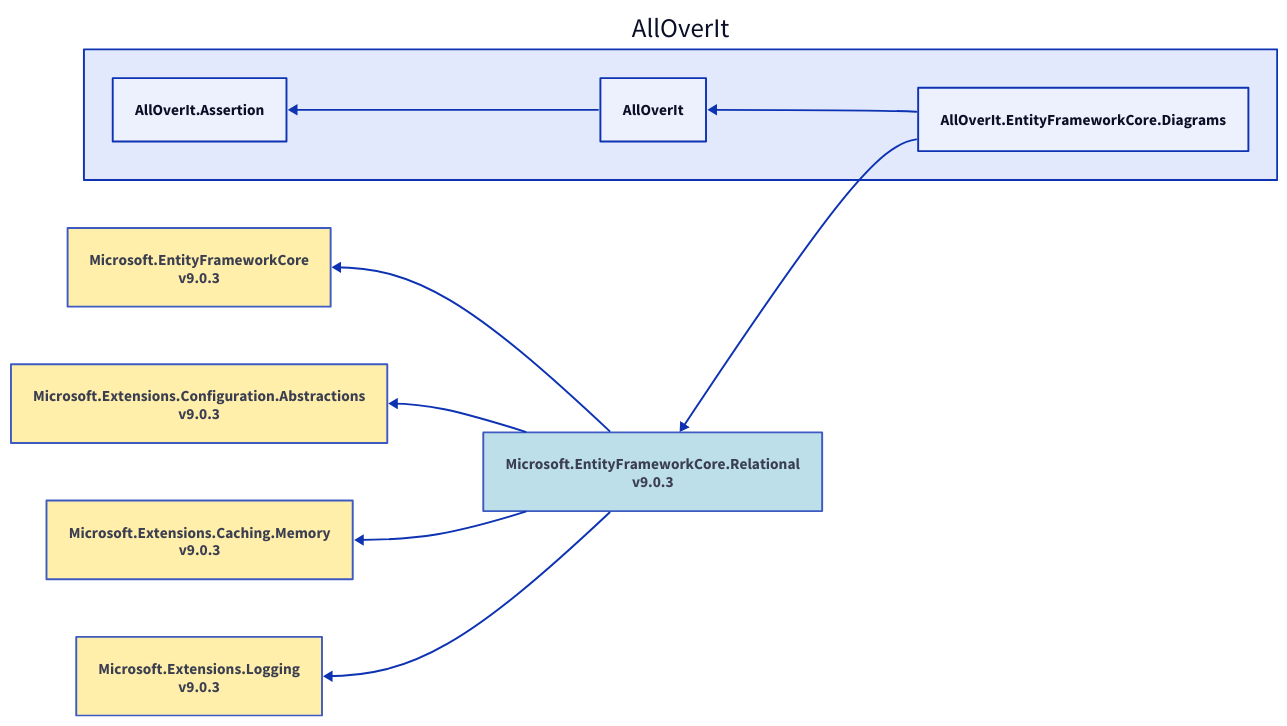
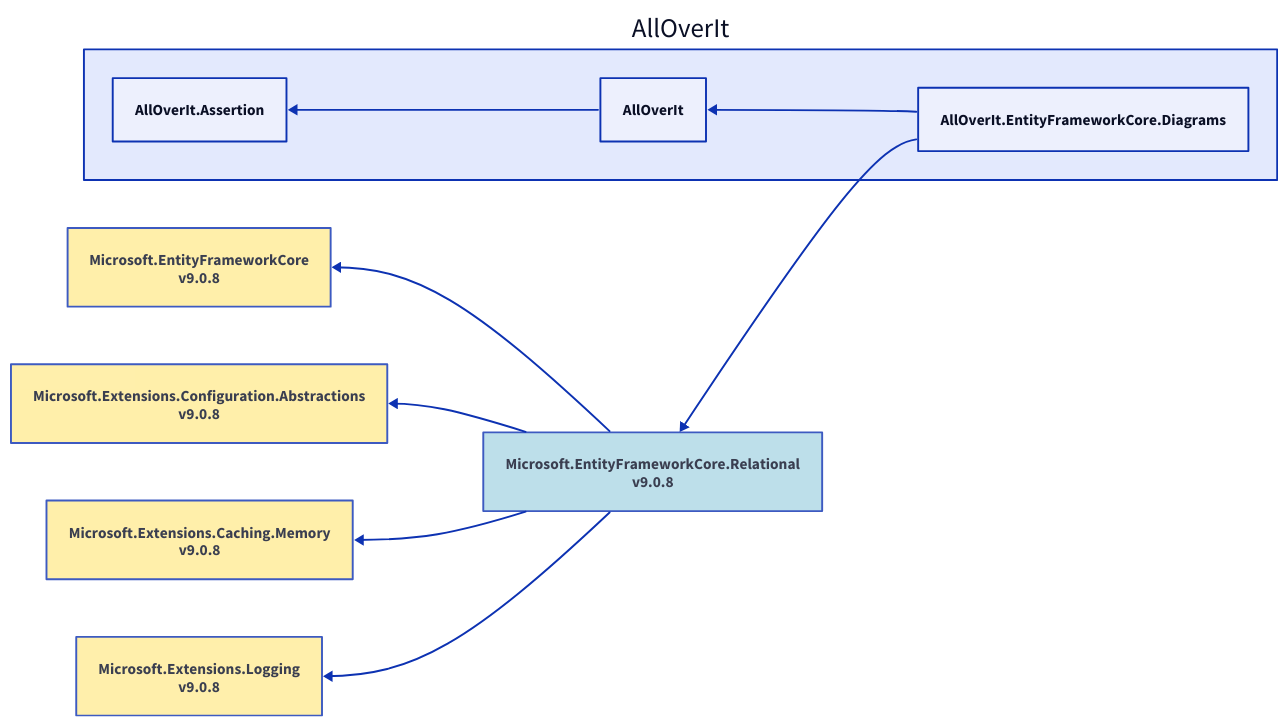
The diagram in Docs/Reference/Content/images/dependencies/net9.0/alloverit-entityframeworkcore-diagrams.d2 (mjfreelancing/AllOverIt), drawn with D2 before and after one commit. The commit also changed 106 other files, not shown here.

Commit message:
v8.2.1 - Update packages and diagrams (#145)

```diff
--- a/Docs/Reference/Content/images/dependencies/net9.0/alloverit-entityframeworkcore-diagrams.d2
+++ b/Docs/Reference/Content/images/dependencies/net9.0/alloverit-entityframeworkcore-diagrams.d2
@@ -1,28 +1,28 @@
 direction: left
 
 aoi: AllOverIt
 aoi.alloverit-entityframeworkcore-diagrams: AllOverIt.EntityFrameworkCore.Diagrams
-microsoft-entityframeworkcore-relational_9-0-3: Microsoft.EntityFrameworkCore.Relational\nv9.0.3
-microsoft-entityframeworkcore-relational_9-0-3.style.fill: "#ADD8E6"
-microsoft-entityframeworkcore-relational_9-0-3.style.opacity: 0.8
-microsoft-entityframeworkcore_9-0-3: Microsoft.EntityFrameworkCore\nv9.0.3
-microsoft-entityframeworkcore_9-0-3.style.fill: "#FFEC96"
-microsoft-entityframeworkcore_9-0-3.style.opacity: 0.8
-microsoft-entityframeworkcore_9-0-3 <- microsoft-entityframeworkcore-relational_9-0-3
-microsoft-extensions-configuration-abstractions_9-0-3: Microsoft.Extensions.Configuration.Abstractions\nv9.0.3
-microsoft-extensions-configuration-abstractions_9-0-3.style.fill: "#FFEC96"
-microsoft-extensions-configuration-abstractions_9-0-3.style.opacity: 0.8
-microsoft-extensions-configuration-abstractions_9-0-3 <- microsoft-entityframeworkcore-relational_9-0-3
-microsoft-extensions-caching-memory_9-0-3: Microsoft.Extensions.Caching.Memory\nv9.0.3
-microsoft-extensions-caching-memory_9-0-3.style.fill: "#FFEC96"
-microsoft-extensions-caching-memory_9-0-3.style.opacity: 0.8
-microsoft-extensions-caching-memory_9-0-3 <- microsoft-entityframeworkcore-relational_9-0-3
-microsoft-extensions-logging_9-0-3: Microsoft.Extensions.Logging\nv9.0.3
-microsoft-extensions-logging_9-0-3.style.fill: "#FFEC96"
-microsoft-extensions-logging_9-0-3.style.opacity: 0.8
-microsoft-extensions-logging_9-0-3 <- microsoft-entityframeworkcore-relational_9-0-3
-microsoft-entityframeworkcore-relational_9-0-3 <- aoi.alloverit-entityframeworkcore-diagrams
+microsoft-entityframeworkcore-relational_9-0-8: Microsoft.EntityFrameworkCore.Relational\nv9.0.8
+microsoft-entityframeworkcore-relational_9-0-8.style.fill: "#ADD8E6"
+microsoft-entityframeworkcore-relational_9-0-8.style.opacity: 0.8
+microsoft-entityframeworkcore_9-0-8: Microsoft.EntityFrameworkCore\nv9.0.8
+microsoft-entityframeworkcore_9-0-8.style.fill: "#FFEC96"
+microsoft-entityframeworkcore_9-0-8.style.opacity: 0.8
+microsoft-entityframeworkcore_9-0-8 <- microsoft-entityframeworkcore-relational_9-0-8
+microsoft-extensions-configuration-abstractions_9-0-8: Microsoft.Extensions.Configuration.Abstractions\nv9.0.8
+microsoft-extensions-configuration-abstractions_9-0-8.style.fill: "#FFEC96"
+microsoft-extensions-configuration-abstractions_9-0-8.style.opacity: 0.8
+microsoft-extensions-configuration-abstractions_9-0-8 <- microsoft-entityframeworkcore-relational_9-0-8
+microsoft-extensions-caching-memory_9-0-8: Microsoft.Extensions.Caching.Memory\nv9.0.8
+microsoft-extensions-caching-memory_9-0-8.style.fill: "#FFEC96"
+microsoft-extensions-caching-memory_9-0-8.style.opacity: 0.8
+microsoft-extensions-caching-memory_9-0-8 <- microsoft-entityframeworkcore-relational_9-0-8
+microsoft-extensions-logging_9-0-8: Microsoft.Extensions.Logging\nv9.0.8
+microsoft-extensions-logging_9-0-8.style.fill: "#FFEC96"
+microsoft-extensions-logging_9-0-8.style.opacity: 0.8
+microsoft-extensions-logging_9-0-8 <- microsoft-entityframeworkcore-relational_9-0-8
+microsoft-entityframeworkcore-relational_9-0-8 <- aoi.alloverit-entityframeworkcore-diagrams
 aoi.alloverit: AllOverIt
 aoi.alloverit-assertion: AllOverIt.Assertion
 aoi.alloverit-assertion <- aoi.alloverit
 aoi.alloverit <- aoi.alloverit-entityframeworkcore-diagrams
```
